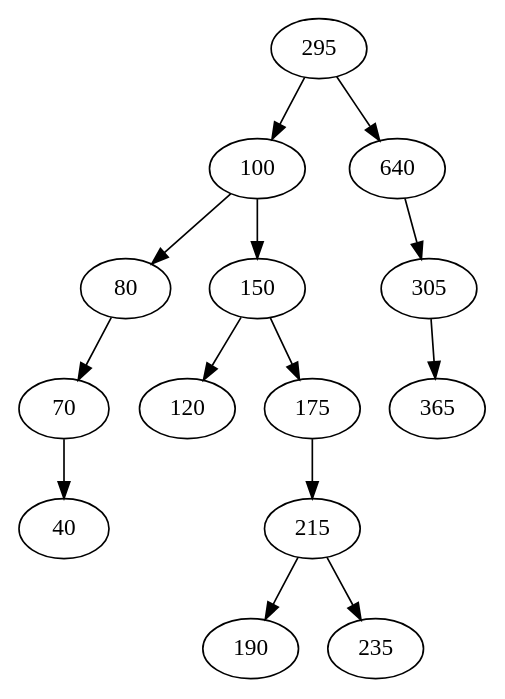
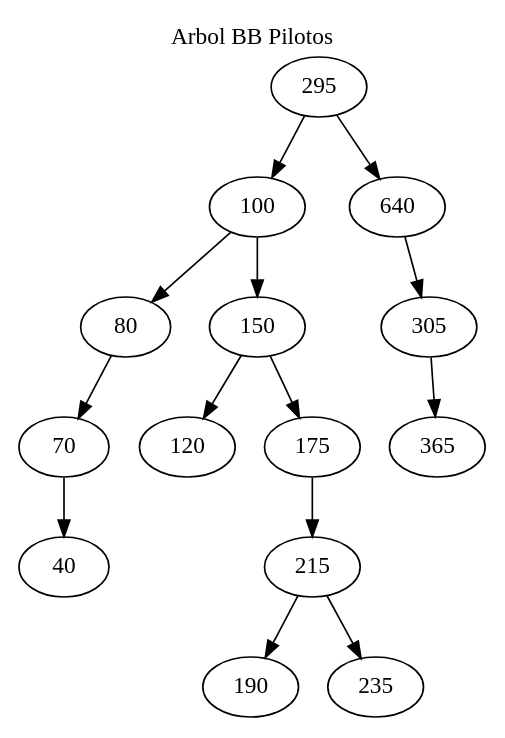
One commit to Samashoas/202109705_Proyecto_EDD changed the diagram in cmake-build-debug/grafica_arbol.dot. Above: the diagram before and after it, drawn with Graphviz. The commit also changed 29 other files, not shown here.

```diff
--- a/cmake-build-debug/grafica_arbol.dot
+++ b/cmake-build-debug/grafica_arbol.dot
@@ -1,2 +1,4 @@
 digraph G { 
+labelloc="t";
+label="Arbol BB Pilotos";
 295->100;100->80;80->70;70->40;100->150;150->120;150->175;175->215;215->190;215->235;295->640;640->305;305->365; }
```
